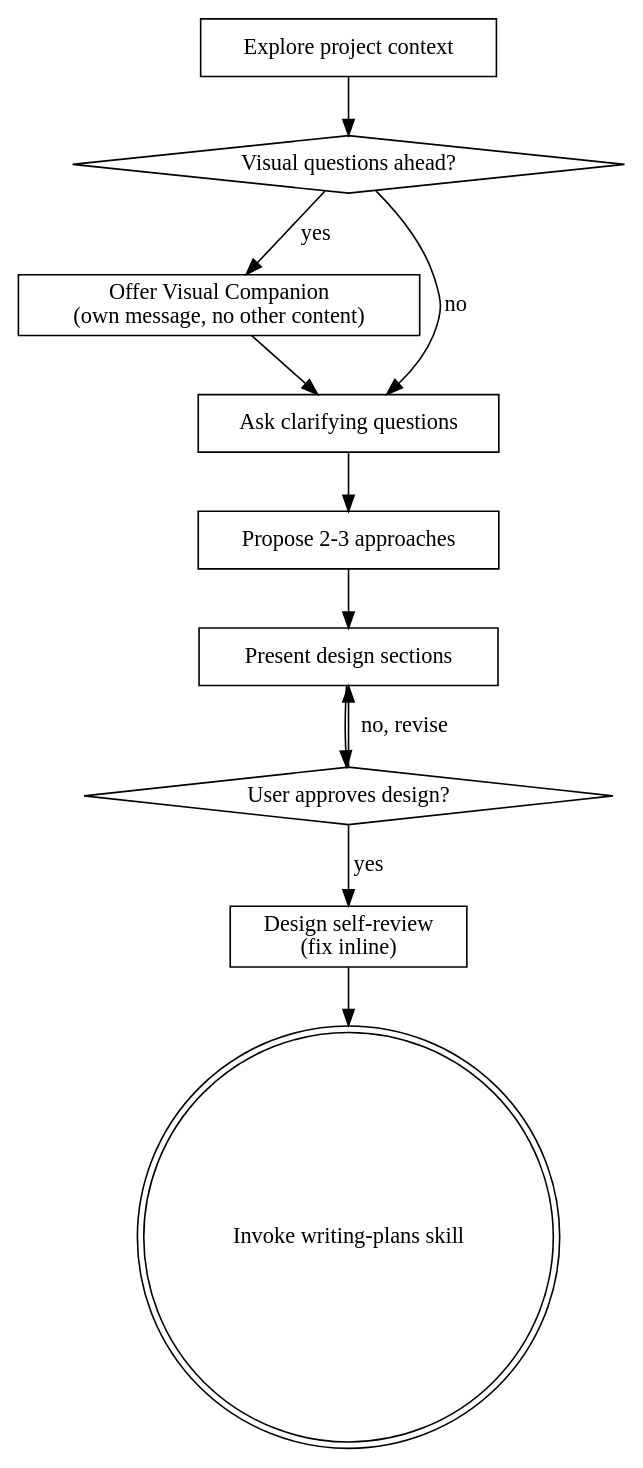
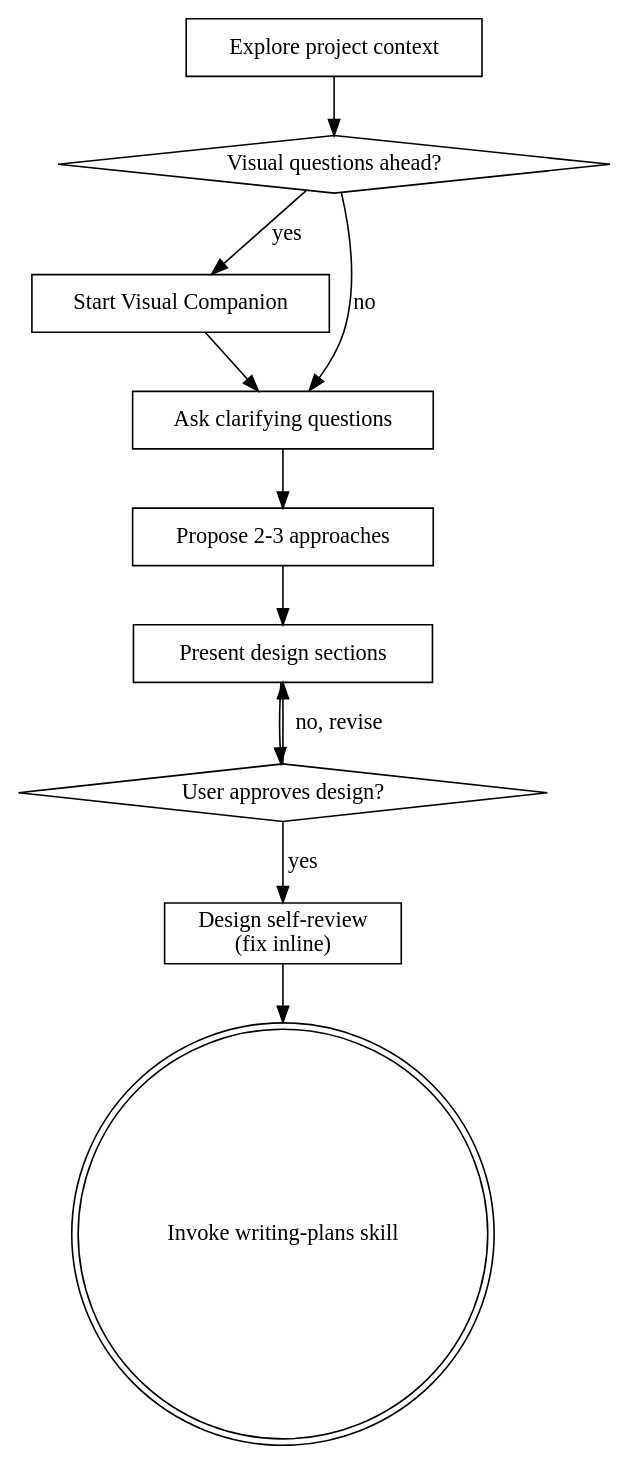
One commit to atkinchris/superpowers changed the diagram in skills/brainstorming/SKILL.md. Above: the diagram before and after it, drawn with Graphviz. The commit also changed other lines of this file, not shown here.

Commit message:
Automatically use the visual brainstorming skill if useful

````diff
--- a/skills/brainstorming/SKILL.md
+++ b/skills/brainstorming/SKILL.md
@@ -34,24 +34,24 @@
 ```dot
 digraph brainstorming {
     "Explore project context" [shape=box];
     "Visual questions ahead?" [shape=diamond];
-    "Offer Visual Companion\n(own message, no other content)" [shape=box];
+    "Start Visual Companion" [shape=box];
     "Ask clarifying questions" [shape=box];
     "Propose 2-3 approaches" [shape=box];
     "Present design sections" [shape=box];
     "User approves design?" [shape=diamond];
     "Design self-review\n(fix inline)" [shape=box];
     "Invoke writing-plans skill" [shape=doublecircle];
 
     "Explore project context" -> "Visual questions ahead?";
-    "Visual questions ahead?" -> "Offer Visual Companion\n(own message, no other content)" [label="yes"];
+    "Visual questions ahead?" -> "Start Visual Companion" [label="yes"];
     "Visual questions ahead?" -> "Ask clarifying questions" [label="no"];
-    "Offer Visual Companion\n(own message, no other content)" -> "Ask clarifying questions";
+    "Start Visual Companion" -> "Ask clarifying questions";
     "Ask clarifying questions" -> "Propose 2-3 approaches";
     "Propose 2-3 approaches" -> "Present design sections";
     "Present design sections" -> "User approves design?";
     "User approves design?" -> "Present design sections" [label="no, revise"];
     "User approves design?" -> "Design self-review\n(fix inline)" [label="yes"];
     "Design self-review\n(fix inline)" -> "Invoke writing-plans skill";
 }
 ```
````
